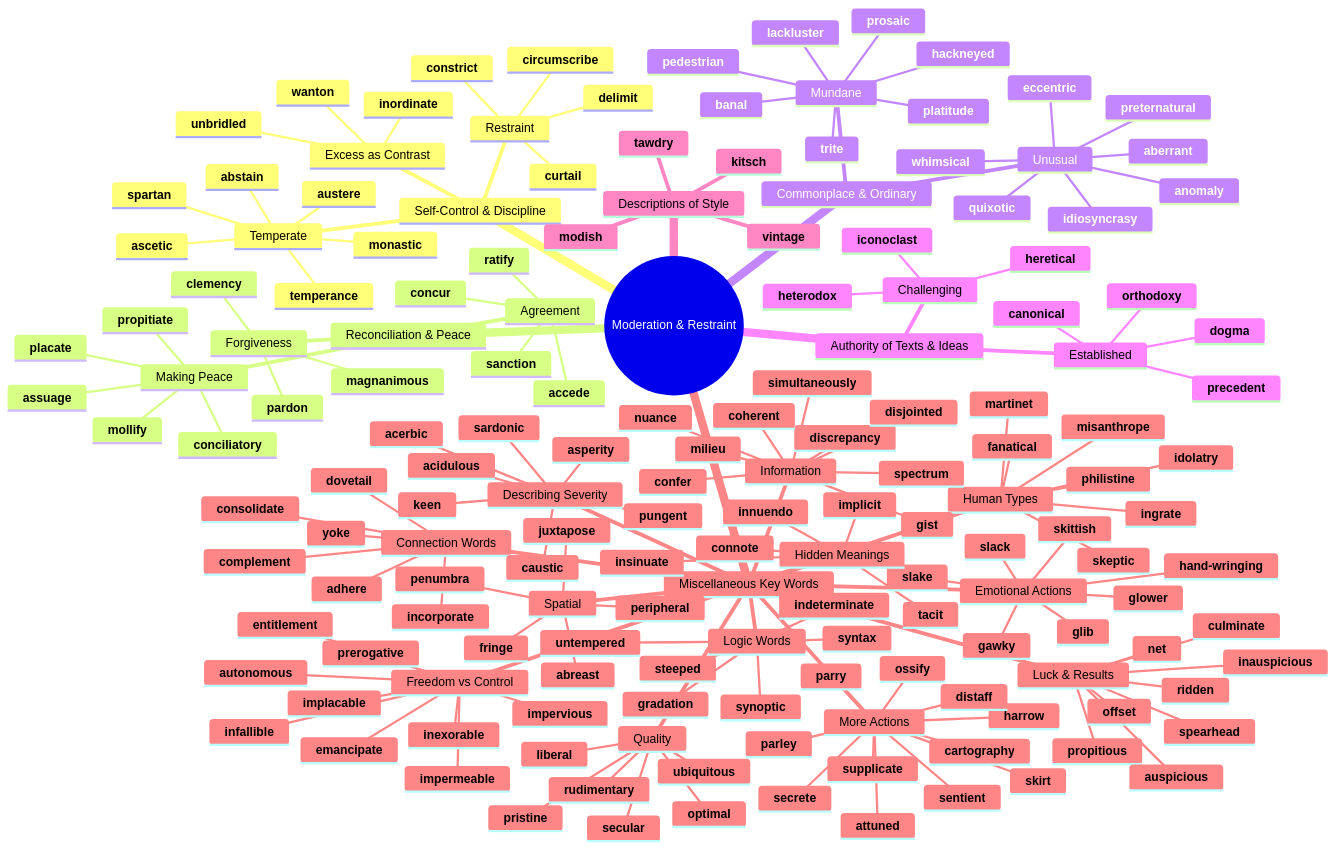
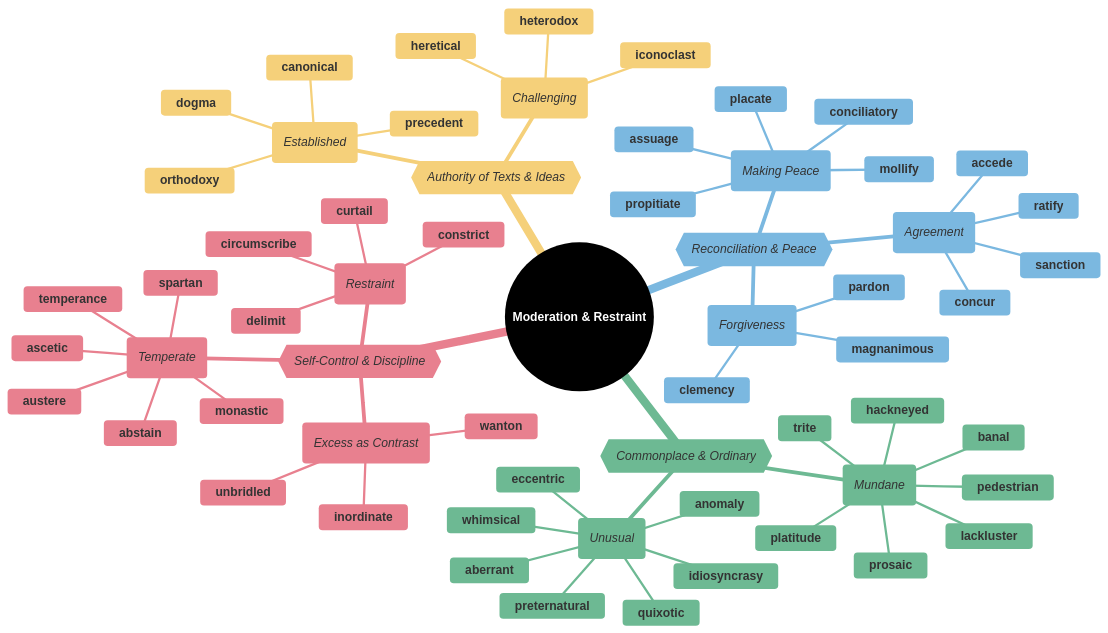
One commit to 95anantsingh/gre-preparation changed the first of 6 diagrams in mindmaps/20-moderation-and-restraint.md. Above: the diagram before and after it, drawn with Mermaid. The commit also changed other lines of this file and 14 other files, not shown here.

````diff
--- a/mindmaps/20-moderation-and-restraint.md
+++ b/mindmaps/20-moderation-and-restraint.md
@@ -5,41 +5,60 @@
 ```mermaid
+%%{
+  init: {
+    "theme": "base",
+    "themeVariables": {
+      "primaryColor": "#000000",
+      "cScale1": "#e8808f",  "cScaleInv1": "#a33445",
+      "cScale2": "#7bb8e0",  "cScaleInv2": "#266a93",
+      "cScale3": "#6db993",  "cScaleInv3": "#23543f",
+      "cScale4": "#f5d07a",  "cScaleInv4": "#c4903b",
+      "cScale5": "#b08fcc",  "cScaleInv5": "#5d3b75",
+      "cScale6": "#74dace",  "cScaleInv6": "#217d72",
+      "cScale7": "#f09570",  "cScaleInv7": "#b84112",
+      "cScale8": "#8ea8c2",  "cScaleInv8": "#32465e",
+      "cScale9": "#cc7fba",  "cScaleInv9": "#7d2868",
+      "cScale10": "#c99a78", "cScaleInv10": "#7c4e32",
+      "cScale11": "#a3a3a3", "cScaleInv11": "#3d3d3d"
+    }
+  }
+}%%
 mindmap
-  root((Moderation & Restraint))
-    Self-Control & Discipline
-      Temperate
+  root((<font color=white>**Moderation & Restraint**</font>))
+    {{_Self-Control & Discipline_}}
+      (_Temperate_)
         **temperance**
         **abstain**
         **ascetic**
         **monastic**
         **austere**
         **spartan**
-      Restraint
+      (_Restraint_)
         **circumscribe**
         **constrict**
         **delimit**
         **curtail**
-      Excess as Contrast
+      (_Excess as Contrast_)
         **inordinate**
         **wanton**
         **unbridled**
-    Reconciliation & Peace
-      Making Peace
+    {{_Reconciliation & Peace_}}
+      (_Making Peace_)
         **conciliatory**
         **placate**
         **propitiate**
         **mollify**
         **assuage**
-      Forgiveness
+      (_Forgiveness_)
         **magnanimous**
         **clemency**
         **pardon**
-      Agreement
+      (_Agreement_)
         **concur**
         **accede**
         **ratify**
         **sanction**
-    Commonplace & Ordinary
-      Mundane
+    {{_Commonplace & Ordinary_}}
+      (_Mundane_)
         **banal**
         **trite**
         **hackneyed**
@@ -47,7 +66,7 @@
         **prosaic**
         **pedestrian**
         **lackluster**
-      Unusual
+      (_Unusual_)
         **eccentric**
         **whimsical**
         **quixotic**
@@ -55,118 +74,14 @@
         **anomaly**
         **aberrant**
         **preternatural**
-    Authority of Texts & Ideas
-      Established
+    {{_Authority of Texts & Ideas_}}
+      (_Established_)
         **dogma**
         **orthodoxy**
         **canonical**
         **precedent**
-      Challenging
+      (_Challenging_)
         **iconoclast**
         **heretical**
         **heterodox**
-    Descriptions of Style
-      **vintage**
-      **modish**
-      **tawdry**
-      **kitsch**
-    Miscellaneous Key Words
-      Spatial
-        **abreast**
-        **fringe**
-        **peripheral**
-        **penumbra**
-        **juxtapose**
-      Quality
-        **rudimentary**
-        **pristine**
-        **optimal**
-        **ubiquitous**
-        **secular**
-        **liberal**
-      Logic Words
-        **indeterminate**
-        **steeped**
-        **untempered**
-        **synoptic**
-        **syntax**
-        **gradation**
-      Emotional Actions
-        **hand-wringing**
-        **glower**
-        **glib**
-        **gawky**
-        **skittish**
-        **slack**
-        **slake**
-      Human Types
-        **philistine**
-        **misanthrope**
-        **ingrate**
-        **martinet**
-        **skeptic**
-        **fanatical**
-        **idolatry**
-      More Actions
-        **ossify**
-        **secrete**
-        **skirt**
-        **harrow**
-        **supplicate**
-        **parley**
-        **parry**
-        **sentient**
-        **attuned**
-        **distaff**
-        **cartography**
-      Connection Words
-        **dovetail**
-        **yoke**
-        **adhere**
-        **incorporate**
-        **consolidate**
-        **complement**
-      Describing Severity
-        **asperity**
-        **acerbic**
-        **acidulous**
-        **caustic**
-        **sardonic**
-        **pungent**
-        **keen**
-      Luck & Results
-        **propitious**
-        **auspicious**
-        **inauspicious**
-        **ridden**
-        **net**
-        **offset**
-        **spearhead**
-        **culminate**
-      Information
-        **gist**
-        **nuance**
-        **spectrum**
-        **milieu**
-        **discrepancy**
-        **disjointed**
-        **coherent**
-        **confer**
-        **simultaneously**
-      Freedom vs Control
-        **entitlement**
-        **prerogative**
-        **autonomous**
-        **emancipate**
-        **impervious**
-        **impermeable**
-        **implacable**
-        **inexorable**
-        **infallible**
-      Hidden Meanings
-        **tacit**
-        **implicit**
-        **insinuate**
-        **connote**
-        **innuendo**
 ```
````
